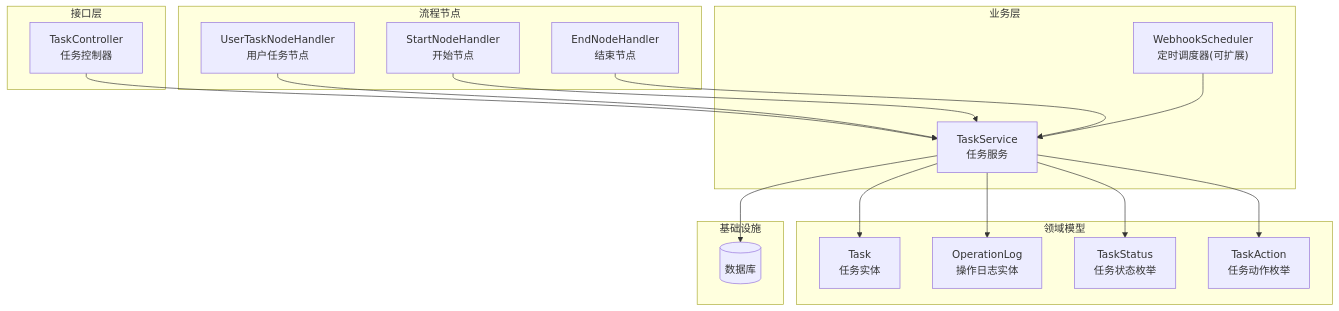
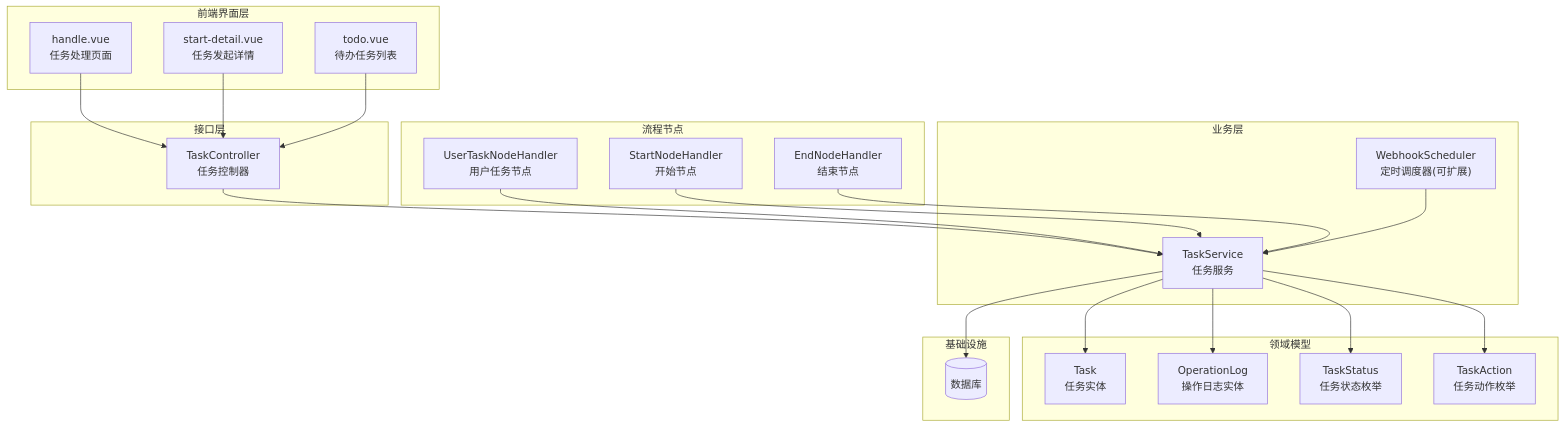
One commit to liming-lihaini/workflow changed the first of 10 diagrams in .qoder/repowiki/zh/content/任务管理/任务生命周期管理.md. Above: the diagram before and after it, drawn with Mermaid. The commit also changed other lines of this file and 18 other files, not shown here.

````diff
--- a/.qoder/repowiki/zh/content/任务管理/任务生命周期管理.md
+++ b/.qoder/repowiki/zh/content/任务管理/任务生命周期管理.md
@@ -44,34 +58,42 @@
 ```mermaid
 graph TB
+subgraph "前端界面层"
+HV["handle.vue<br/>任务处理页面"]
+SDV["start-detail.vue<br/>任务发起详情"]
+TV["todo.vue<br/>待办任务列表"]
+end
 subgraph "接口层"
 TC["TaskController<br/>任务控制器"]
 end
 subgraph "业务层"
 TS["TaskService<br/>任务服务"]
 WBS["WebhookScheduler<br/>定时调度器(可扩展)"]
 end
 subgraph "领域模型"
 TSK["Task<br/>任务实体"]
 OPL["OperationLog<br/>操作日志实体"]
 TSE["TaskStatus<br/>任务状态枚举"]
 TAC["TaskAction<br/>任务动作枚举"]
 end
 subgraph "流程节点"
 UTH["UserTaskNodeHandler<br/>用户任务节点"]
 STN["StartNodeHandler<br/>开始节点"]
 ETN["EndNodeHandler<br/>结束节点"]
 end
 subgraph "基础设施"
 DB[("数据库")]
 end
+HV --> TC
+SDV --> TC
+TV --> TC
 TC --> TS
 TS --> TSK
 TS --> OPL
 TS --> TSE
 TS --> TAC
 UTH --> TS
 STN --> TS
 ETN --> TS
 WBS --> TS
 TS --> DB
 ```
````
